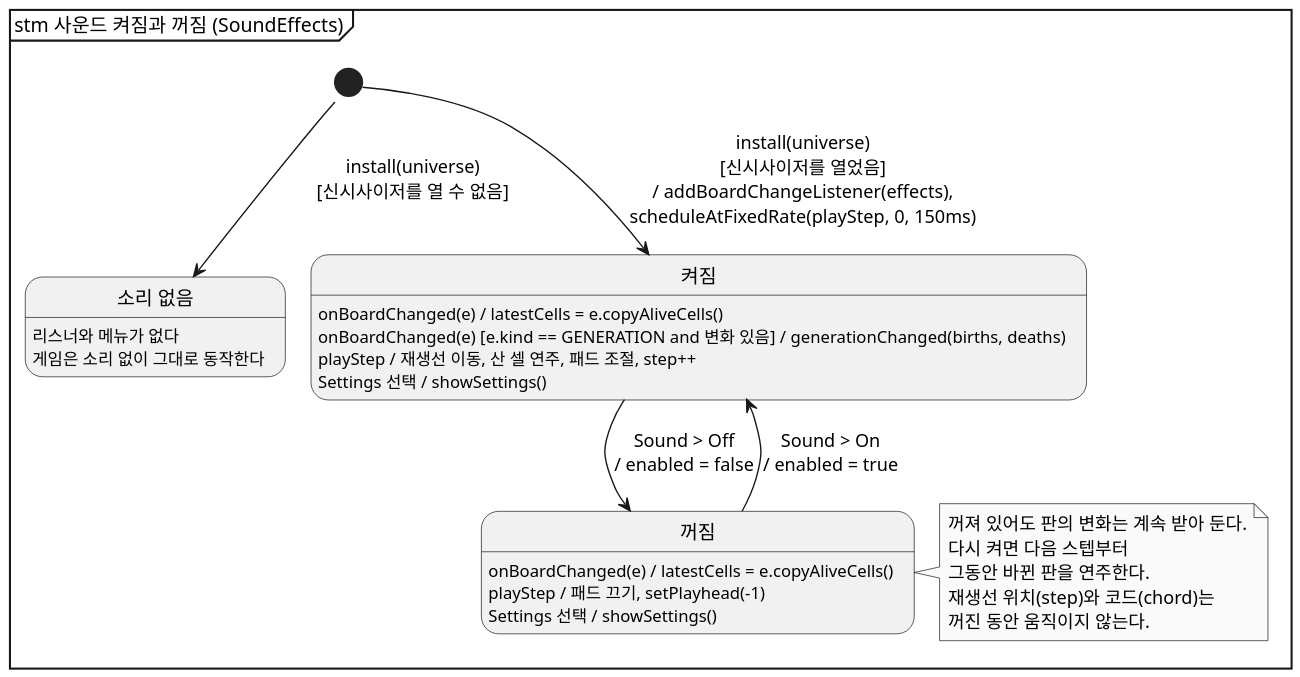
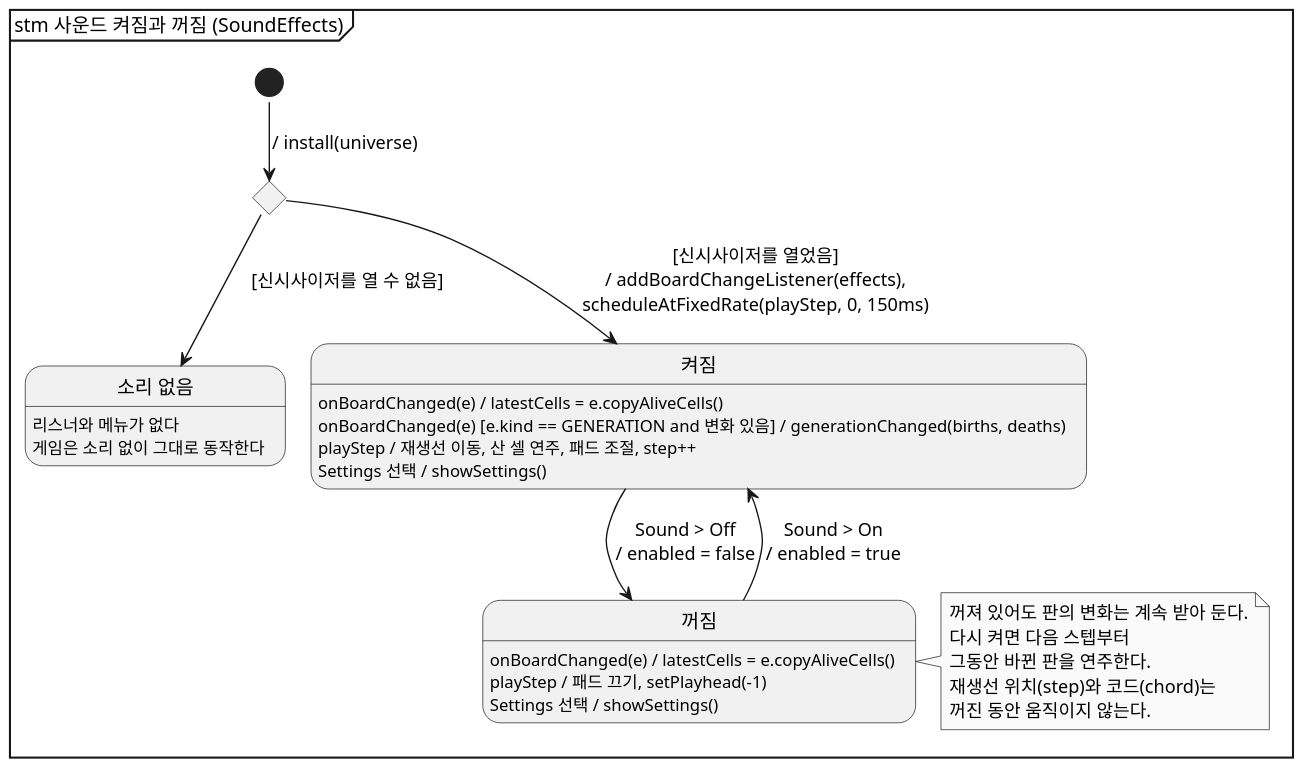
One commit to mckimR1972/DP_team_project changed the diagram in docs/sound-effects/diagram/state-sound.puml. Above: the diagram before and after it, drawn with PlantUML. The commit also changed 21 other files, not shown here.

First line of the commit message:
docs(sound): 다이어그램을 표기 통일안과 코드에 맞춤

```diff
--- a/docs/sound-effects/diagram/state-sound.puml
+++ b/docs/sound-effects/diagram/state-sound.puml
@@ -1,38 +1,40 @@
 @startuml state-sound
 !pragma layout smetana
 skinparam monochrome true
 skinparam dpi 150
 skinparam shadowing false
 skinparam defaultFontName "Malgun Gothic"
 hide empty description
 mainframe stm 사운드 켜짐과 꺼짐 (SoundEffects)
 
 state "소리 없음" as NoDevice
 NoDevice : 리스너와 메뉴가 없다
 NoDevice : 게임은 소리 없이 그대로 동작한다
 
 state "켜짐" as On
 On : onBoardChanged(e) / latestCells = e.copyAliveCells()
 On : onBoardChanged(e) [e.kind == GENERATION and 변화 있음] / generationChanged(births, deaths)
 On : playStep / 재생선 이동, 산 셀 연주, 패드 조절, step++
 On : Settings 선택 / showSettings()
 
 state "꺼짐" as Off
 Off : onBoardChanged(e) / latestCells = e.copyAliveCells()
 Off : playStep / 패드 끄기, setPlayhead(-1)
 Off : Settings 선택 / showSettings()
 
-[*] --> NoDevice : install(universe)\n[신시사이저를 열 수 없음]
-[*] --> On : install(universe)\n[신시사이저를 열었음]\n/ addBoardChangeListener(effects),\nscheduleAtFixedRate(playStep, 0, 150ms)
+state Installed <<choice>>
+[*] --> Installed : / install(universe)
+Installed --> NoDevice : [신시사이저를 열 수 없음]
+Installed --> On : [신시사이저를 열었음]\n/ addBoardChangeListener(effects),\nscheduleAtFixedRate(playStep, 0, 150ms)
 
 On --> Off : Sound > Off\n/ enabled = false
 Off --> On : Sound > On\n/ enabled = true
 
 note right of Off
   꺼져 있어도 판의 변화는 계속 받아 둔다.
   다시 켜면 다음 스텝부터
   그동안 바뀐 판을 연주한다.
   재생선 위치(step)와 코드(chord)는
   꺼진 동안 움직이지 않는다.
 end note
 @enduml
```
